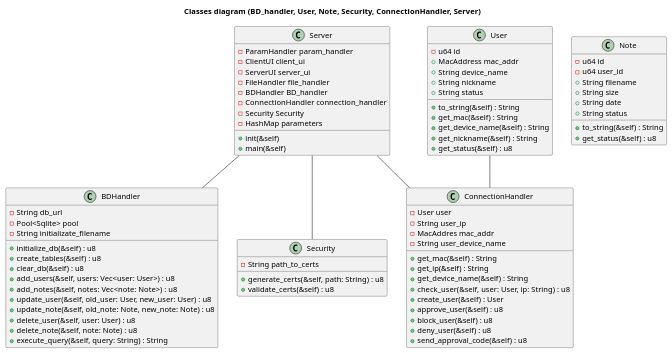
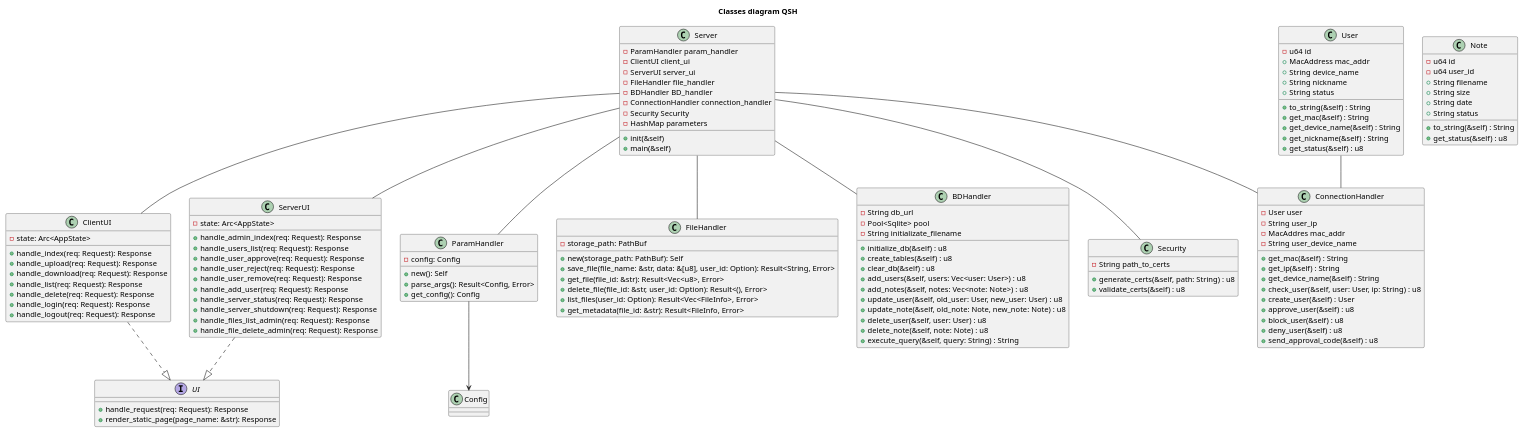
One commit to libelllule/My_qsh changed the diagram in classes_diagram.puml. Above: the diagram before and after it, drawn with PlantUML. The commit also changed 5 other files, not shown here.

Commit message:
Docs: Merged class diagrams into one diagram

```diff
--- a/classes_diagram.puml
+++ b/classes_diagram.puml
@@ -1,87 +1,149 @@
 @startuml
-title Classes diagram (BD_handler, User, Note, Security, ConnectionHandler, Server)
+
+interface UI {
+  + handle_request(req: Request): Response
+  + render_static_page(page_name: &str): Response
+}
+
+class ClientUI {
+  - state: Arc<AppState>
+  + handle_index(req: Request): Response
+  + handle_upload(req: Request): Response
+  + handle_download(req: Request): Response
+  + handle_list(req: Request): Response
+  + handle_delete(req: Request): Response
+  + handle_login(req: Request): Response
+  + handle_logout(req: Request): Response
+}
+
+class ServerUI {
+  - state: Arc<AppState>
+  + handle_admin_index(req: Request): Response
+  + handle_users_list(req: Request): Response
+  + handle_user_approve(req: Request): Response
+  + handle_user_reject(req: Request): Response
+  + handle_user_remove(req: Request): Response
+  + handle_add_user(req: Request): Response
+  + handle_server_status(req: Request): Response
+  + handle_server_shutdown(req: Request): Response
+  + handle_files_list_admin(req: Request): Response
+  + handle_file_delete_admin(req: Request): Response
+}
+
+class ParamHandler {
+  - config: Config
+  + new(): Self
+  + parse_args(): Result<Config, Error>
+  + get_config(): Config
+}
+
+class FileHandler {
+  - storage_path: PathBuf
+  + new(storage_path: PathBuf): Self
+  + save_file(file_name: &str, data: &[u8], user_id: Option<&str>): Result<String, Error>
+  + get_file(file_id: &str): Result<Vec<u8>, Error>
+  + delete_file(file_id: &str, user_id: Option<&str>): Result<(), Error>
+  + list_files(user_id: Option<&str>): Result<Vec<FileInfo>, Error>
+  + get_metadata(file_id: &str): Result<FileInfo, Error>
+}
+
+class Config {
+  ' настройки сервера (порт, пути к сертификатам, строка подключения к БД, папка для файлов и т.д.)
+}
+
+title Classes diagram QSH
 class "BDHandler" as bd {
   -String db_url
   -Pool<Sqlite> pool
   -String initializate_filename
 
   +initialize_db(&self) : u8
   +create_tables(&self) : u8
   +clear_db(&self) : u8
   +add_users(&self, users: Vec<user: User>) : u8
   +add_notes(&self, notes: Vec<note: Note>) : u8
   +update_user(&self, old_user: User, new_user: User) : u8
   +update_note(&self, old_note: Note, new_note: Note) : u8
   +delete_user(&self, user: User) : u8
   +delete_note(&self, note: Note) : u8
   +execute_query(&self, query: String) : String
 }
 
 class "User" as usr {
   -u64 id
   +MacAddress mac_addr
   +String device_name
   +String nickname
   +String status
 
   +to_string(&self) : String
   +get_mac(&self) : String
   +get_device_name(&self) : String
   +get_nickname(&self) : String
   +get_status(&self) : u8
 }
 
 class "Note" as nt {
   -u64 id
   -u64 user_id
   +String filename
   +String size
   +String date
   +String status
 
   +to_string(&self) : String
   +get_status(&self) : u8
 }
 
 class "Security" as sec {
   -String path_to_certs
   +generate_certs(&self, path: String) : u8
   +validate_certs(&self) : u8
 }
 
 class "ConnectionHandler" as conhndlr {
   -User user
   -String user_ip
   -MacAddres mac_addr
   -String user_device_name
   
   +get_mac(&self) : String
   +get_ip(&self) : String
   +get_device_name(&self) : String
   +check_user(&self, user: User, ip: String) : u8
   +create_user(&self) : User
   +approve_user(&self) : u8
   +block_user(&self) : u8
   +deny_user(&self) : u8
   +send_approval_code(&self) : u8
 }
 
 class "Server" as srv {
   -ParamHandler param_handler
   -ClientUI client_ui
   -ServerUI server_ui
   -FileHandler file_handler
   -BDHandler BD_handler
   -ConnectionHandler connection_handler
   -Security Security
   -HashMap parameters
   +init(&self)
   +main(&self)
 }
 
 
 srv -- bd
 srv --conhndlr
 srv -- sec
 usr -- conhndlr
+srv -- ParamHandler
+srv -- FileHandler
+srv -- ClientUI
+srv -- ServerUI
+
+ClientUI ..|> UI
+ServerUI ..|> UI
+ParamHandler --> Config
+
+
 @enduml
```
